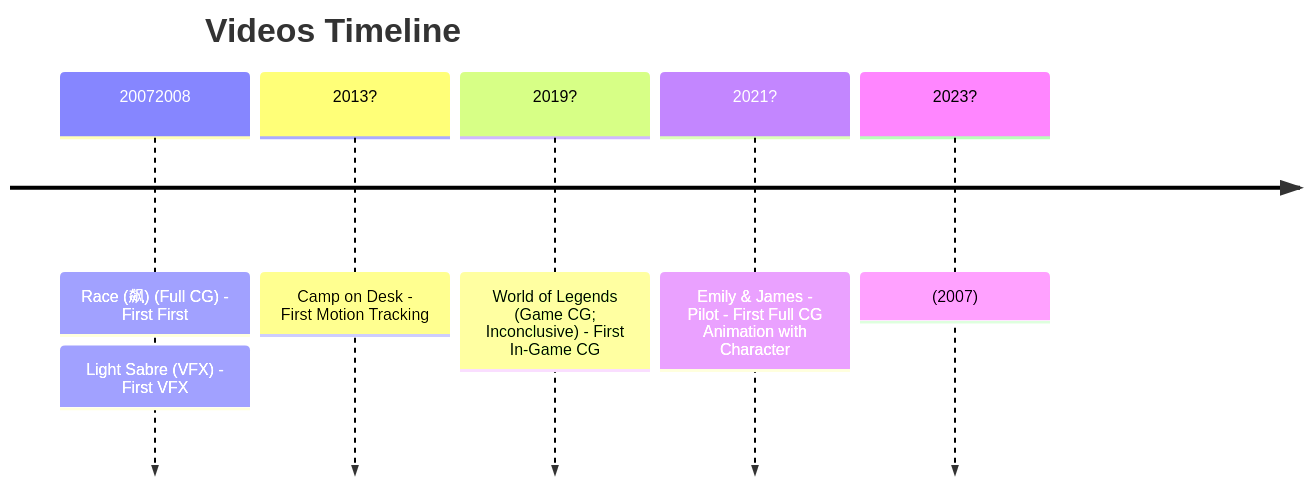
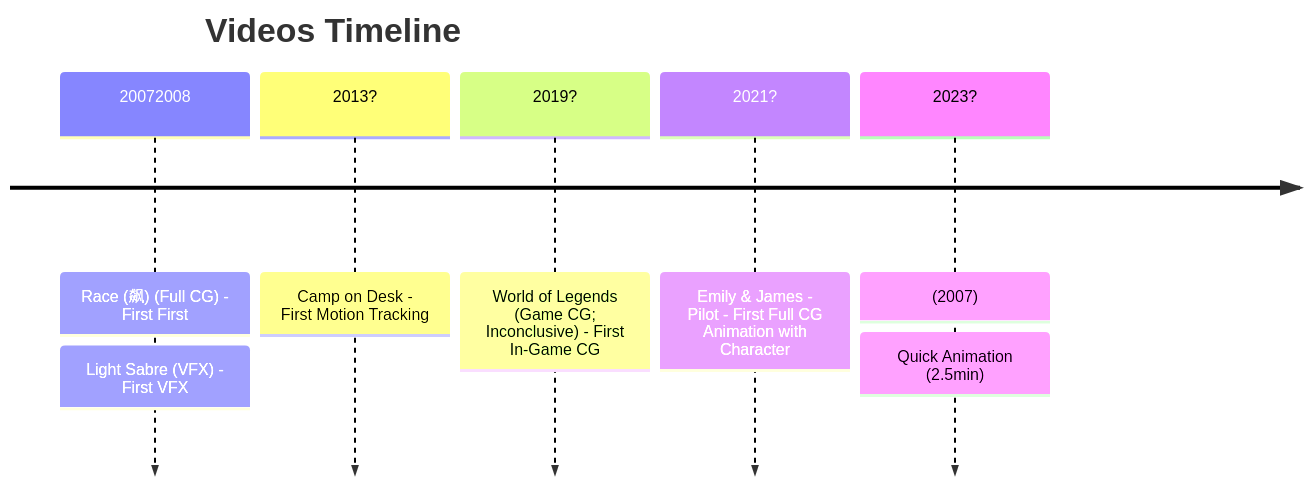
One commit to TotalImagine-com/TotalImagine.com changed the diagram in Blogs/20231127.md. Above: the diagram before and after it, drawn with Mermaid. The commit also changed 1 other file, not shown here.

Commit message:
[Entrepreneurship] Update game idea

````diff
--- a/Blogs/20231127.md
+++ b/Blogs/20231127.md
@@ -9,15 +9,16 @@
 ```mermaid
 timeline
 title Videos Timeline
     20072008
         : Race (飙) (Full CG) - First First
         : Light Sabre (VFX) - First VFX
     2013?
         : Camp on Desk - First Motion Tracking
     2019?
         : World of Legends (Game CG; Inconclusive) - First In-Game CG
     2021?
         : Emily & James - Pilot - First Full CG Animation with Character
     2023?
         : (2007)
+        : Quick Animation (2.5min)
 ```
````
